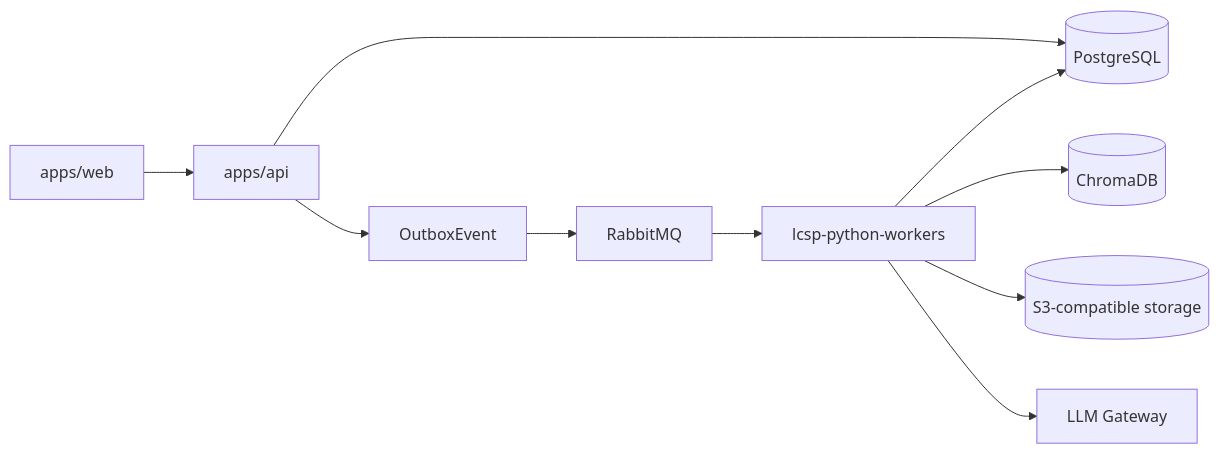
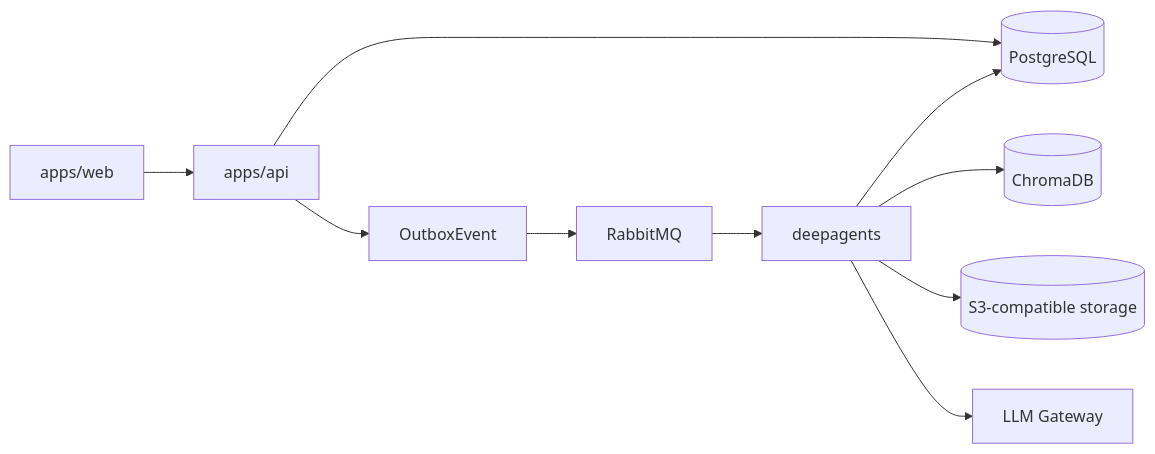
One commit to khovan123/LCSP changed the diagram in docs/implementation/dev-compendium.md. Above: the diagram before and after it, drawn with Mermaid. The commit also changed other lines of this file and 925 other files, not shown here.

````diff
--- a/docs/implementation/dev-compendium.md
+++ b/docs/implementation/dev-compendium.md
@@ -57,12 +57,12 @@
 ```mermaid
 flowchart LR
     W[apps/web] --> A[apps/api]
     A --> P[(PostgreSQL)]
     A --> O[OutboxEvent]
     O --> R[RabbitMQ]
-    R --> PW[lcsp-python-workers]
+    R --> PW[deepagents]
     PW --> P
     PW --> C[(ChromaDB)]
     PW --> S[(S3-compatible storage)]
     PW --> L[LLM Gateway]
 ```
````
